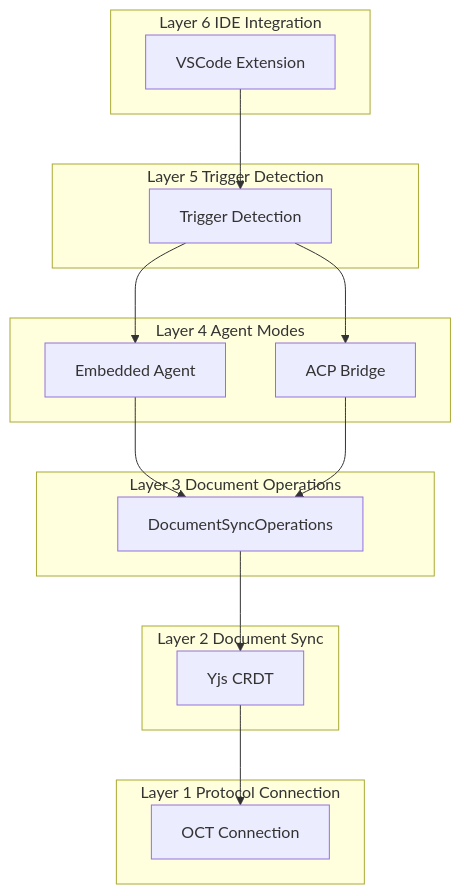
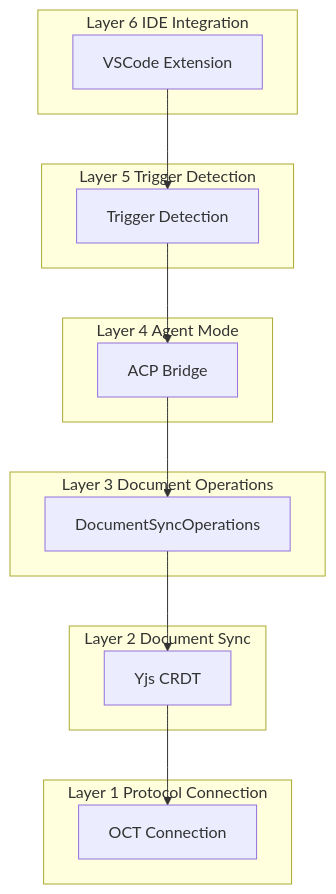
One commit to eclipse-oct/open-collaboration-tools changed the fifth of 6 diagrams in packages/open-collaboration-agent/DEVELOPMENT_JOURNEY.md. Above: the diagram before and after it, drawn with Mermaid. The commit also changed other lines of this file and 16 other files, not shown here.

First line of the commit message:
refactor(agent): remove embedded mode, use ACP only

````diff
--- a/packages/open-collaboration-agent/DEVELOPMENT_JOURNEY.md
+++ b/packages/open-collaboration-agent/DEVELOPMENT_JOURNEY.md
@@ -193,35 +187,32 @@
 ```mermaid
 flowchart TB
     subgraph Layer6 [Layer 6 IDE Integration]
         VSCode[VSCode Extension]
     end
 
     subgraph Layer5 [Layer 5 Trigger Detection]
         TriggerDetect[Trigger Detection]
     end
 
-    subgraph Layer4 [Layer 4 Agent Modes]
-        Embedded[Embedded Agent]
+    subgraph Layer4 [Layer 4 Agent Mode]
         ACP[ACP Bridge]
     end
 
     subgraph Layer3 [Layer 3 Document Operations]
         DocOps[DocumentSyncOperations]
     end
 
     subgraph Layer2 [Layer 2 Document Sync]
         Yjs[Yjs CRDT]
     end
 
     subgraph Layer1 [Layer 1 Protocol Connection]
         Connection[OCT Connection]
     end
 
     VSCode-->TriggerDetect
-    TriggerDetect-->Embedded
     TriggerDetect-->ACP
-    Embedded-->DocOps
     ACP-->DocOps
     DocOps-->Yjs
     Yjs-->Connection
 ```
````
